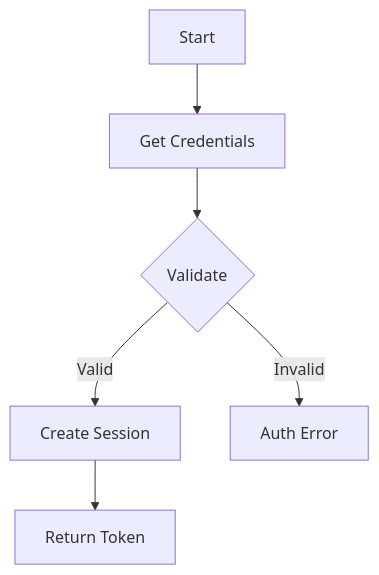
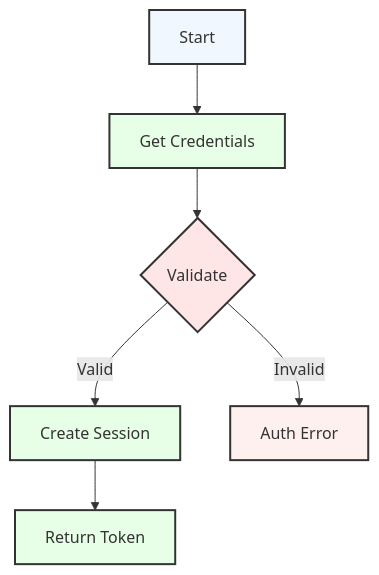
Before and after one commit to kafle1/timetablepro: the eighth of 10 diagrams in docs/API.md, drawn with Mermaid. The commit also changed other lines of this file and 1 other file, not shown here.

Commit message:
docs: improve diagram colors for better text visibility

````diff
--- a/docs/API.md
+++ b/docs/API.md
@@ -500,8 +512,20 @@
 ```mermaid
 graph TB
     A[Start] --> B[Get Credentials]
     B --> C{Validate}
     C -->|Valid| D[Create Session]
     C -->|Invalid| E[Auth Error]
     D --> F[Return Token]
+
+    classDef default fill:#f0f7ff,stroke:#333,stroke-width:2px
+    classDef process fill:#e6ffe6,stroke:#333,stroke-width:2px
+    classDef validate fill:#ffe6e6,stroke:#333,stroke-width:2px
+    classDef error fill:#fff0f0,stroke:#333,stroke-width:2px
+    classDef success fill:#e6ffe6,stroke:#333,stroke-width:2px
+
+    class A default
+    class B process
+    class C validate
+    class D,F success
+    class E error
 ```
````
